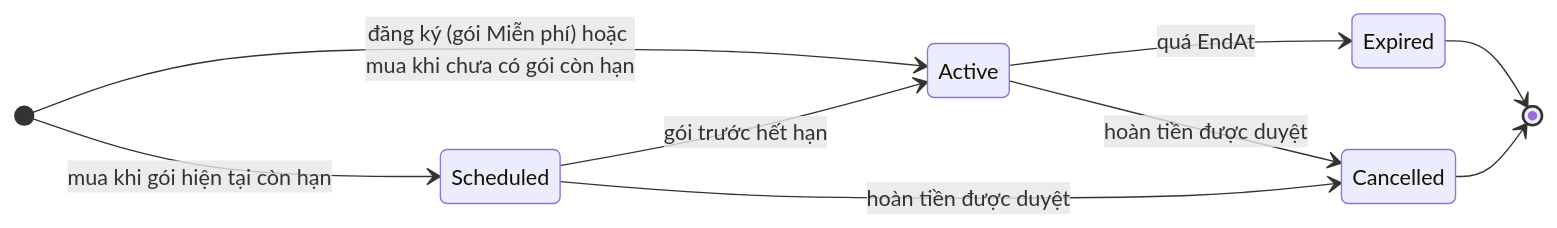
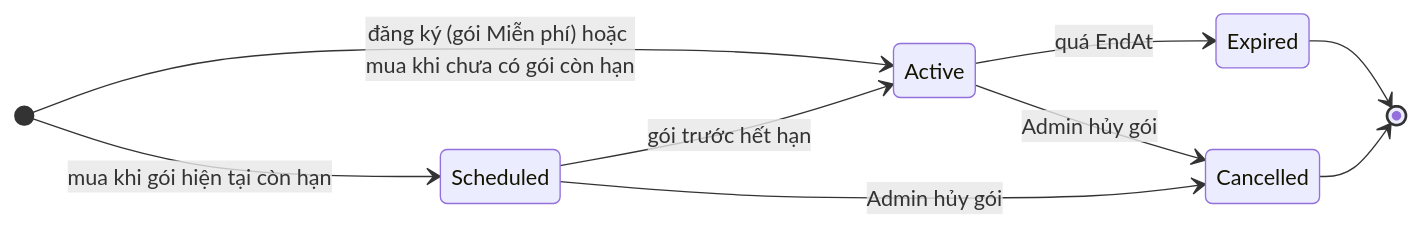
One commit to Capstone-GFA26SE116/Backend changed diagram 21 of 23 in docs/REPO_GUIDE.md. Above: the diagram before and after it, drawn with Mermaid. The commit also changed other lines of this file and 108 other files, not shown here.

````diff
--- a/docs/REPO_GUIDE.md
+++ b/docs/REPO_GUIDE.md
@@ -2151,12 +2114,12 @@
 ```mermaid
 stateDiagram-v2
     direction LR
     [*] --> Active : đăng ký (gói Miễn phí) hoặc mua khi chưa có gói còn hạn
     [*] --> Scheduled : mua khi gói hiện tại còn hạn
     Scheduled --> Active : gói trước hết hạn
     Active --> Expired : quá EndAt
-    Active --> Cancelled : hoàn tiền được duyệt
-    Scheduled --> Cancelled : hoàn tiền được duyệt
+    Active --> Cancelled : Admin hủy gói
+    Scheduled --> Cancelled : Admin hủy gói
     Expired --> [*]
     Cancelled --> [*]
 ```
````
